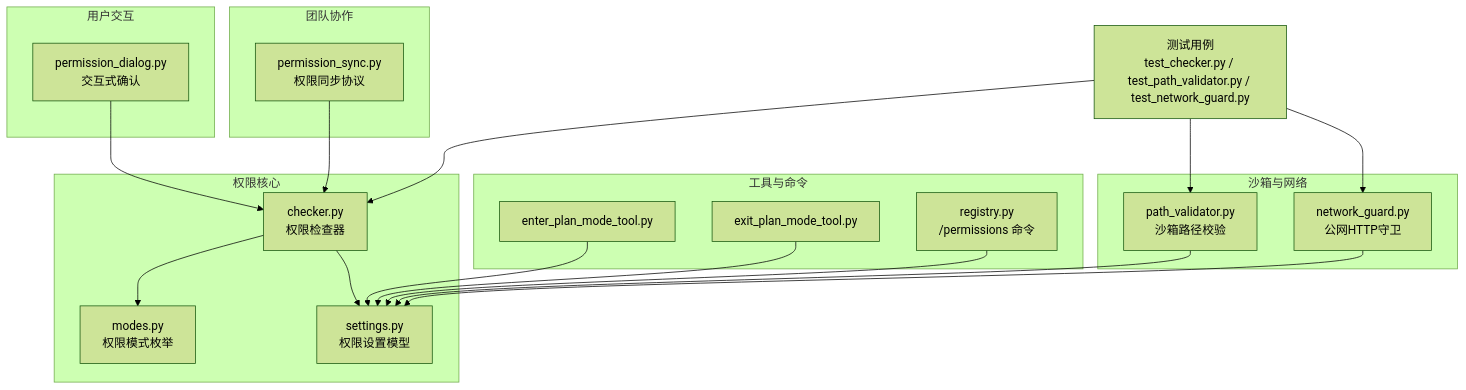
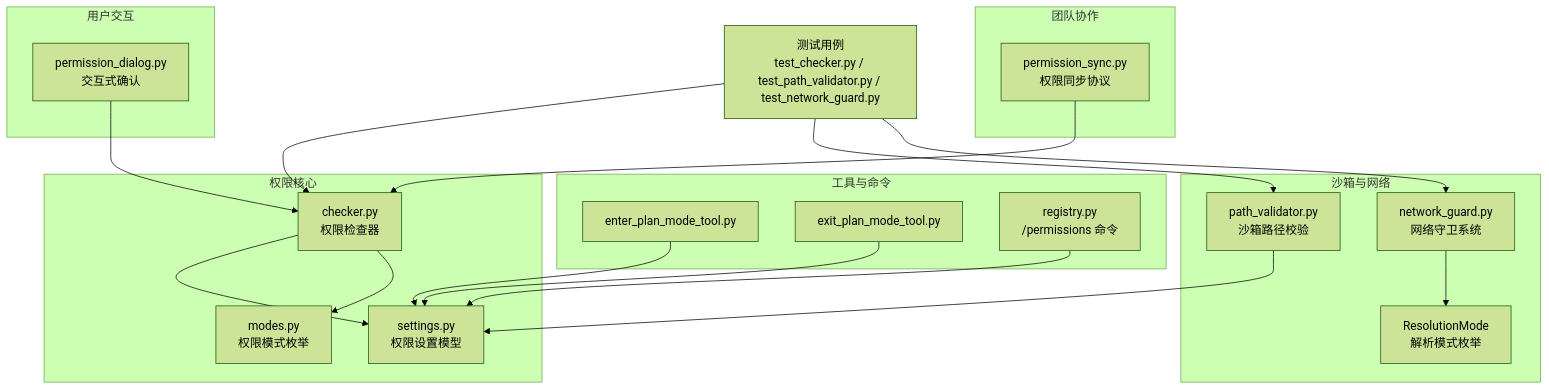
Before and after one commit to haolange/OpenHarness: the first of 6 diagrams in .qoder/repowiki/zh/content/权限和安全/权限和安全.md, drawn with Mermaid (forest theme). The commit also changed other lines of this file and 5 other files, not shown here.

````diff
--- a/.qoder/repowiki/zh/content/权限和安全/权限和安全.md
+++ b/.qoder/repowiki/zh/content/权限和安全/权限和安全.md
@@ -44,36 +53,37 @@
 ```mermaid
 graph TB
 subgraph "权限核心"
 A["checker.py<br/>权限检查器"]
 B["modes.py<br/>权限模式枚举"]
 C["settings.py<br/>权限设置模型"]
 end
 subgraph "用户交互"
 D["permission_dialog.py<br/>交互式确认"]
 end
 subgraph "团队协作"
 E["permission_sync.py<br/>权限同步协议"]
 end
 subgraph "工具与命令"
 F["enter_plan_mode_tool.py"]
 G["exit_plan_mode_tool.py"]
 H["registry.py<br/>/permissions 命令"]
 end
 subgraph "沙箱与网络"
 I["path_validator.py<br/>沙箱路径校验"]
-J["network_guard.py<br/>公网HTTP守卫"]
+J["network_guard.py<br/>网络守卫系统"]
+K["ResolutionMode<br/>解析模式枚举"]
 end
-K["测试用例<br/>test_checker.py / test_path_validator.py / test_network_guard.py"]
+L["测试用例<br/>test_checker.py / test_path_validator.py / test_network_guard.py"]
 A --> C
 A --> B
 D --> A
 E --> A
 F --> C
 G --> C
 H --> C
 I --> C
-J --> C
-K --> A
-K --> I
-K --> J
+J --> K
+L --> A
+L --> I
+L --> J
 ```
````
